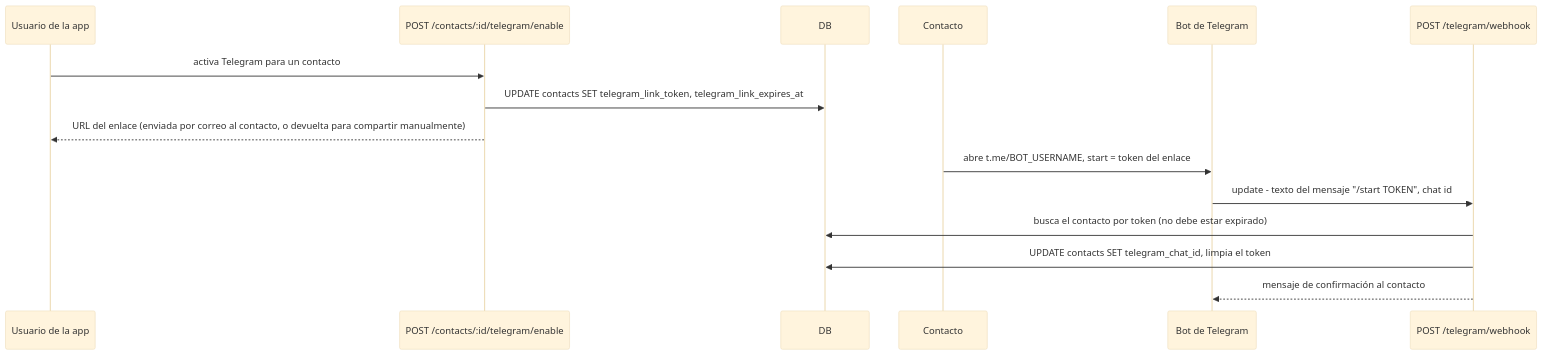
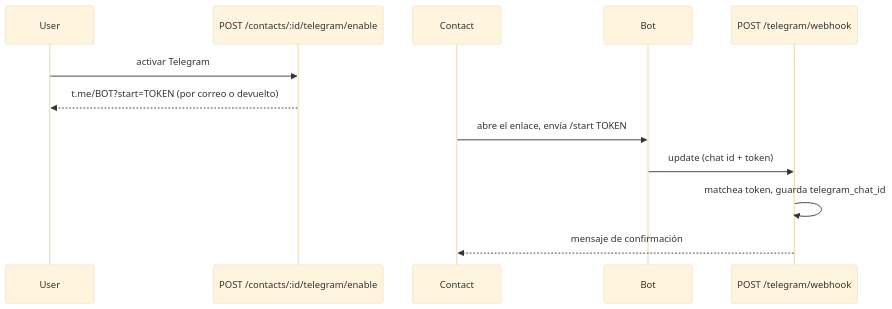
The second of 2 diagrams in docs/es/backend/notifications.md (skellent/iOS-compiler), drawn with Mermaid (base theme) before and after one commit. The commit also changed other lines of this file and 25 other files, not shown here.

````diff
--- a/docs/es/backend/notifications.md
+++ b/docs/es/backend/notifications.md
@@ -94,18 +58,14 @@
 ```mermaid
 sequenceDiagram
-    participant Usuario as Usuario de la app
+    participant User
     participant API as POST /contacts/:id/telegram/enable
-    participant DB
-    participant Contacto
-    participant Bot as Bot de Telegram
+    participant Contact
+    participant Bot
     participant Webhook as POST /telegram/webhook
-
-    Usuario->>API: activa Telegram para un contacto
-    API->>DB: UPDATE contacts SET telegram_link_token, telegram_link_expires_at
-    API-->>Usuario: URL del enlace (enviada por correo al contacto, o devuelta para compartir manualmente)
-    Contacto->>Bot: abre t.me/BOT_USERNAME, start = token del enlace
-    Bot->>Webhook: update - texto del mensaje "/start TOKEN", chat id
-    Webhook->>DB: busca el contacto por token (no debe estar expirado)
-    Webhook->>DB: UPDATE contacts SET telegram_chat_id, limpia el token
-    Webhook-->>Bot: mensaje de confirmación al contacto
+    User->>API: activar Telegram
+    API-->>User: t.me/BOT?start=TOKEN (por correo o devuelto)
+    Contact->>Bot: abre el enlace, envía /start TOKEN
+    Bot->>Webhook: update (chat id + token)
+    Webhook->>Webhook: matchea token, guarda telegram_chat_id
+    Webhook-->>Contact: mensaje de confirmación
 ```
````
